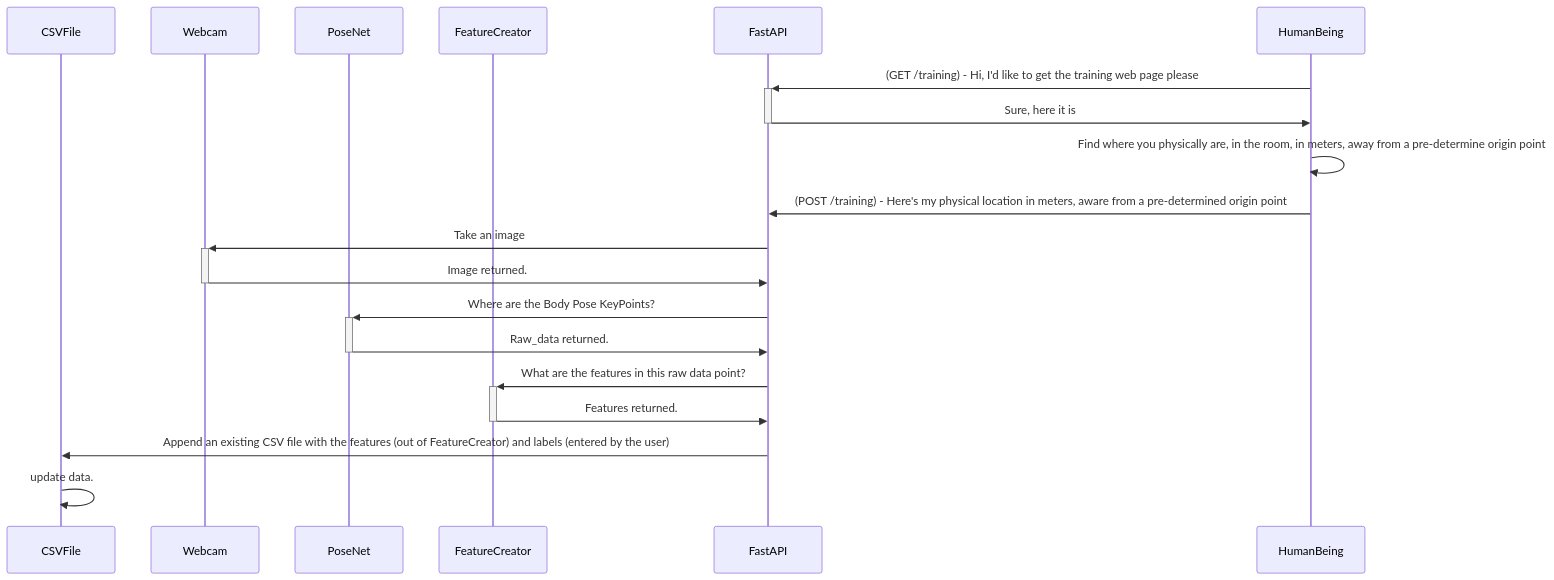
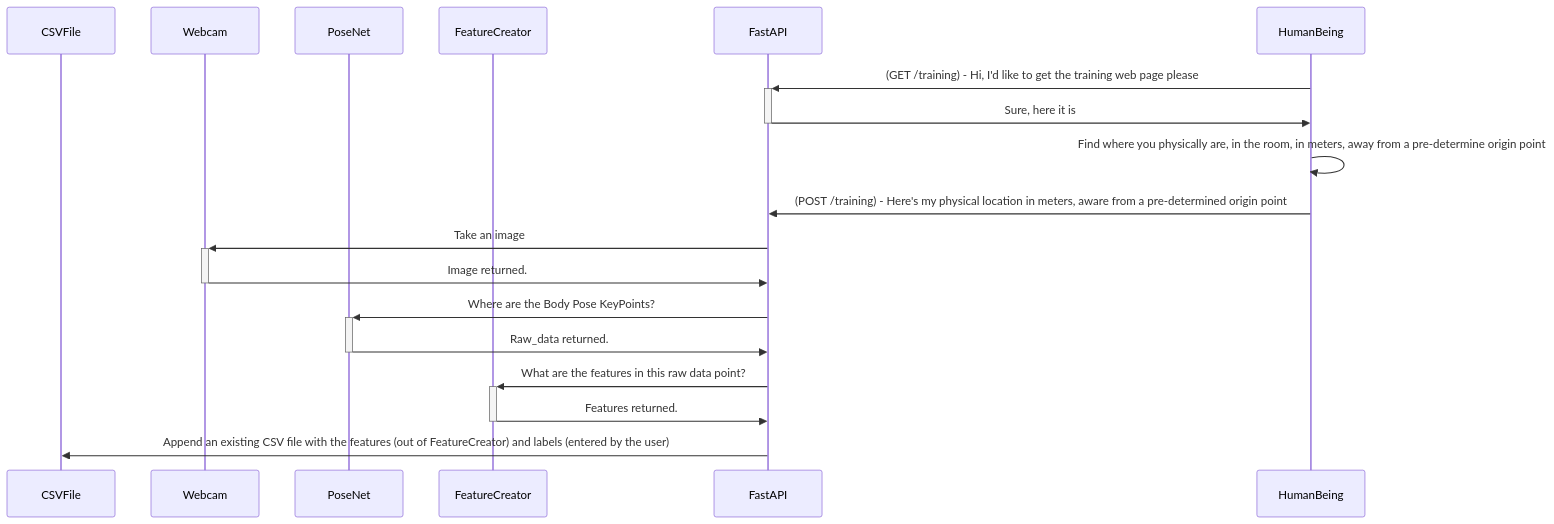
One commit to eyast/eyast.github.io changed the second of 2 diagrams in _projects/3D_Display.md. Above: the diagram before and after it, drawn with Mermaid. The commit also changed other lines of this file, not shown here.

```diff
--- a/_projects/3D_Display.md
+++ b/_projects/3D_Display.md
@@ -129,22 +129,21 @@
 {% mermaid %}
 sequenceDiagram
     participant CSVFile
     participant Webcam
     participant PoseNet
     participant FeatureCreator
     participant FastAPI
     participant HumanBeing
     HumanBeing->>+FastAPI: (GET /training) - Hi, I'd like to get the training web page please
     FastAPI->>- HumanBeing: Sure, here it is
     HumanBeing->> HumanBeing: Find where you physically are, in the room, in meters, away from a pre-determine origin point
     HumanBeing->> FastAPI: (POST /training) - Here's my physical location in meters, aware from a pre-determined origin point
     FastAPI->>+Webcam: Take an image
     Webcam->>-FastAPI: Image returned.
     FastAPI->>+PoseNet: Where are the Body Pose KeyPoints?
     PoseNet->>-FastAPI: Raw_data returned.
     FastAPI->>+FeatureCreator: What are the features in this raw data point?
     FeatureCreator->>-FastAPI: Features returned.
     FastAPI->> CSVFile: Append an existing CSV file with the features (out of FeatureCreator) and labels (entered by the user)
-    CSVFile ->> CSVFile: update data.
 
 {% endmermaid %}
```
